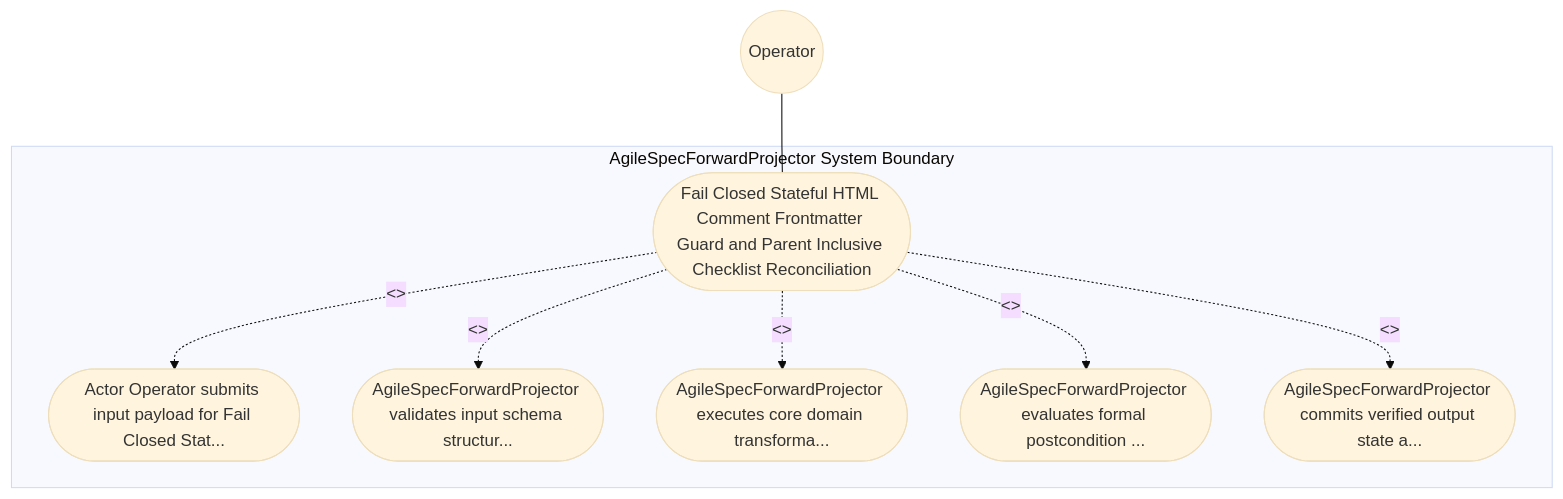
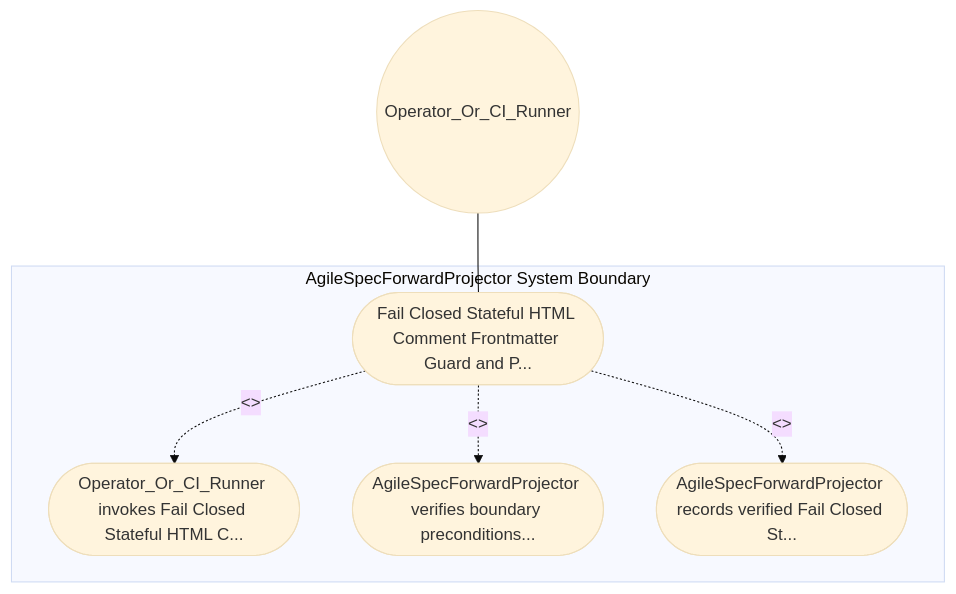
One commit to gintatkinson/DEAP01-spec-core changed the diagram in .pipeline/upstream/docs/use-cases/UC-19-Fail_Closed_Stateful_HTML_Comment_Frontmatter_Guard_and_Parent_Inclusive_Checklist_Reconciliation.md. Above: the diagram before and after it, drawn with Mermaid (base theme). The commit also changed other lines of this file and 213 other files, not shown here.

````diff
--- a/.pipeline/upstream/docs/use-cases/UC-19-Fail_Closed_Stateful_HTML_Comment_Frontmatter_Guard_and_Parent_Inclusive_Checklist_Reconciliation.md
+++ b/.pipeline/upstream/docs/use-cases/UC-19-Fail_Closed_Stateful_HTML_Comment_Frontmatter_Guard_and_Parent_Inclusive_Checklist_Reconciliation.md
@@ -16,17 +16,13 @@
 ```mermaid
 graph TD
     subgraph "AgileSpecForwardProjector System Boundary"
-        UC_Main(["Fail Closed Stateful HTML Comment Frontmatter Guard and Parent Inclusive Checklist Reconciliation"])
-        UC_Step01(["Actor Operator submits input payload for Fail Closed Stat..."])
-        UC_Step02(["AgileSpecForwardProjector validates input schema structur..."])
-        UC_Step03(["AgileSpecForwardProjector executes core domain transforma..."])
-        UC_Step04(["AgileSpecForwardProjector evaluates formal postcondition ..."])
-        UC_Step05(["AgileSpecForwardProjector commits verified output state a..."])
+        UC_Main(["Fail Closed Stateful HTML Comment Frontmatter Guard and P..."])
+        UC_Step01(["Operator_Or_CI_Runner invokes Fail Closed Stateful HTML C..."])
+        UC_Step02(["AgileSpecForwardProjector verifies boundary preconditions..."])
+        UC_Step03(["AgileSpecForwardProjector records verified Fail Closed St..."])
     end
-    Operator(("Operator")) --- UC_Main
+    Operator_Or_CI_Runner(("Operator_Or_CI_Runner")) --- UC_Main
     UC_Main -. "<<include>>" .-> UC_Step01
     UC_Main -. "<<include>>" .-> UC_Step02
     UC_Main -. "<<include>>" .-> UC_Step03
-    UC_Main -. "<<include>>" .-> UC_Step04
-    UC_Main -. "<<include>>" .-> UC_Step05
 ```
````
